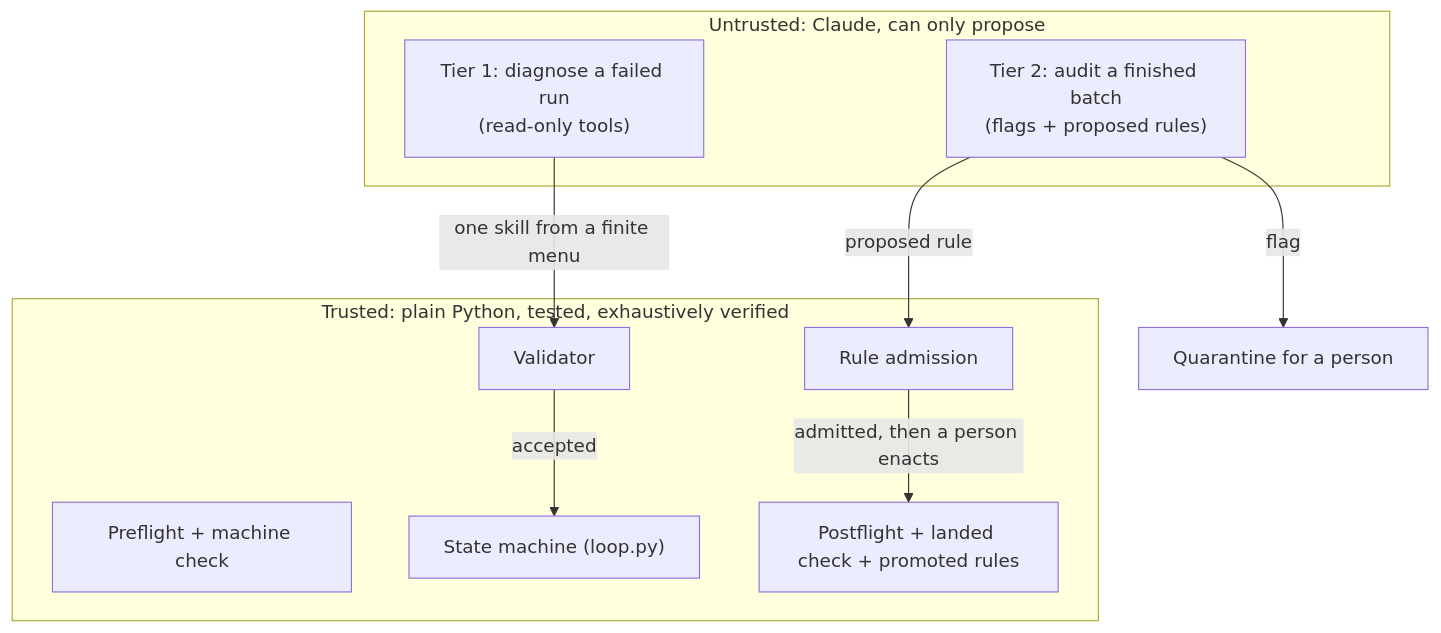
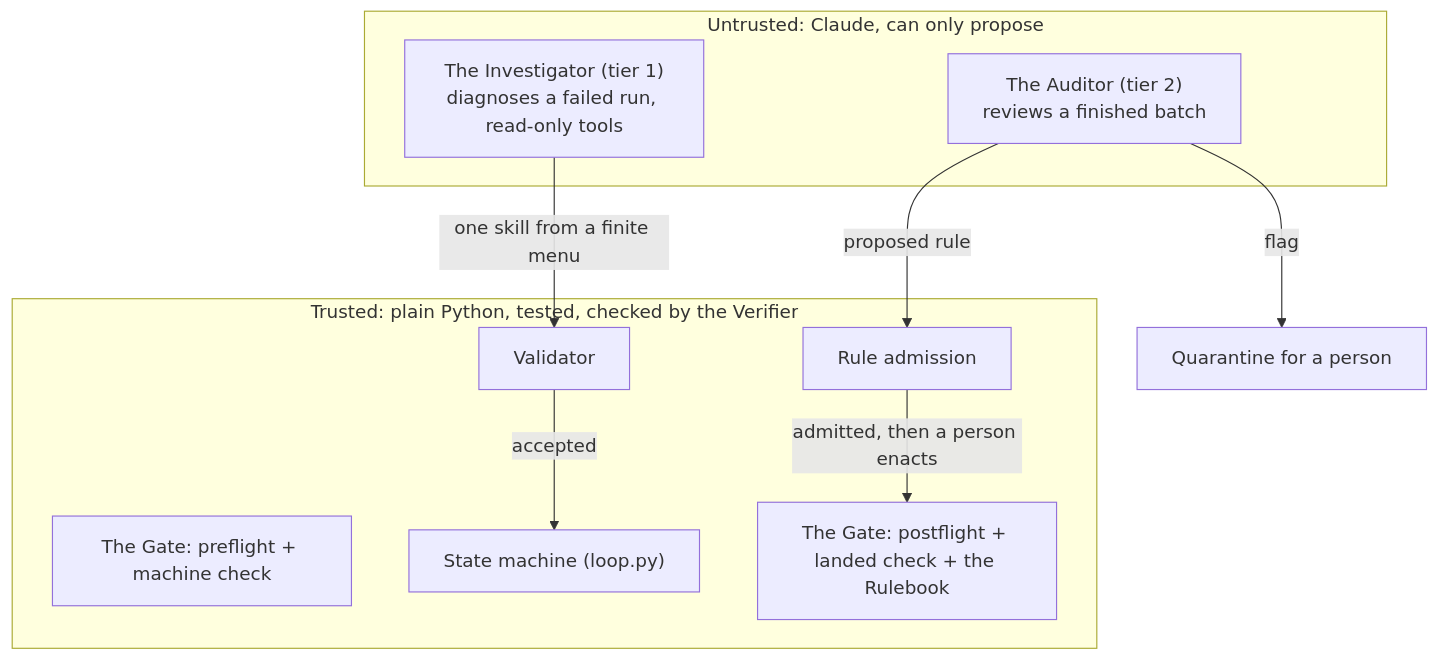
Before and after one commit to willv678/simgate: the second of 5 diagrams in GUIDE.md, drawn with Mermaid. The commit also changed other lines of this file and 3 other files, not shown here.

````diff
--- a/GUIDE.md
+++ b/GUIDE.md
@@ -57,19 +69,19 @@
 ```mermaid
 flowchart TB
-    subgraph TRUSTED["Trusted: plain Python, tested, exhaustively verified"]
-        G1["Preflight + machine check"]
-        G2["Postflight + landed check + promoted rules"]
+    subgraph TRUSTED["Trusted: plain Python, tested, checked by the Verifier"]
+        G1["The Gate: preflight + machine check"]
+        G2["The Gate: postflight + landed check + the Rulebook"]
         SM["State machine (loop.py)"]
         VAL["Validator"]
         ADM["Rule admission"]
     end
     subgraph UNTRUSTED["Untrusted: Claude, can only propose"]
-        T1["Tier 1: diagnose a failed run<br/>(read-only tools)"]
-        T2["Tier 2: audit a finished batch<br/>(flags + proposed rules)"]
+        T1["The Investigator (tier 1)<br/>diagnoses a failed run, read-only tools"]
+        T2["The Auditor (tier 2)<br/>reviews a finished batch"]
     end
     T1 -- "one skill from a finite menu" --> VAL
     T2 -- "proposed rule" --> ADM
     T2 -- "flag" --> Q["Quarantine for a person"]
     VAL -- "accepted" --> SM
     ADM -- "admitted, then a person enacts" --> G2
 ```
````
